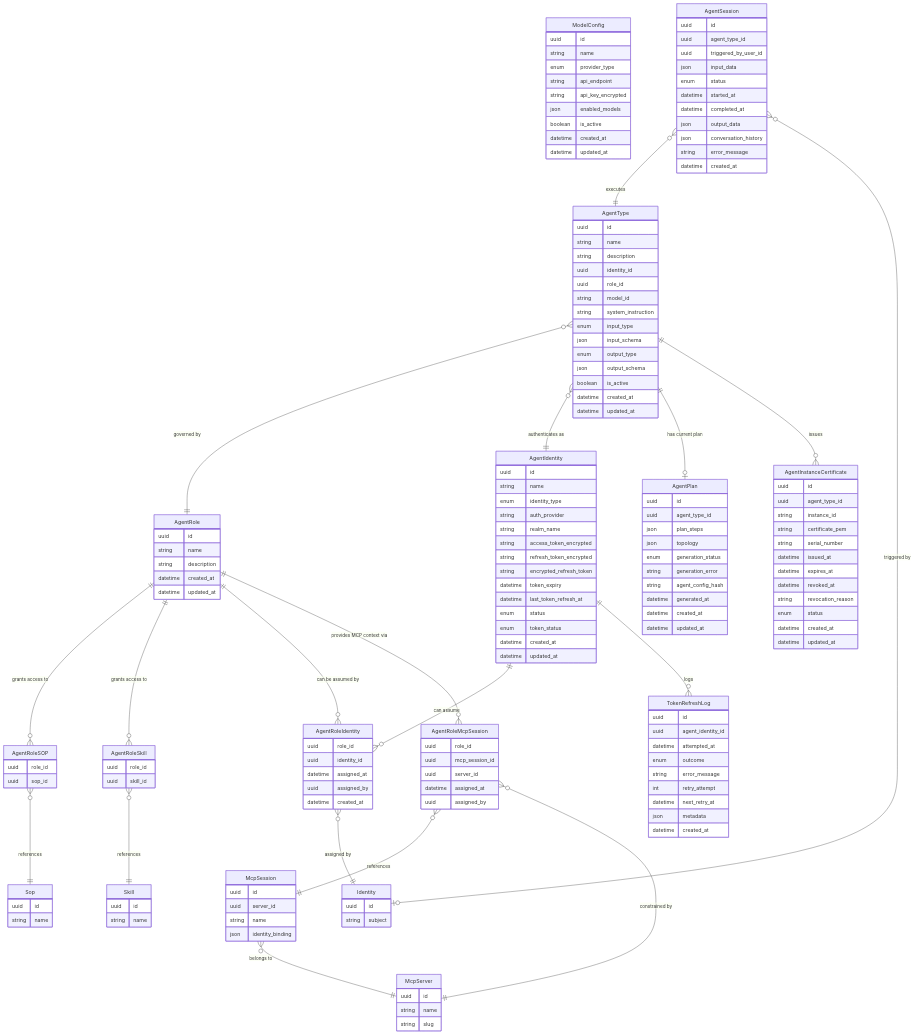
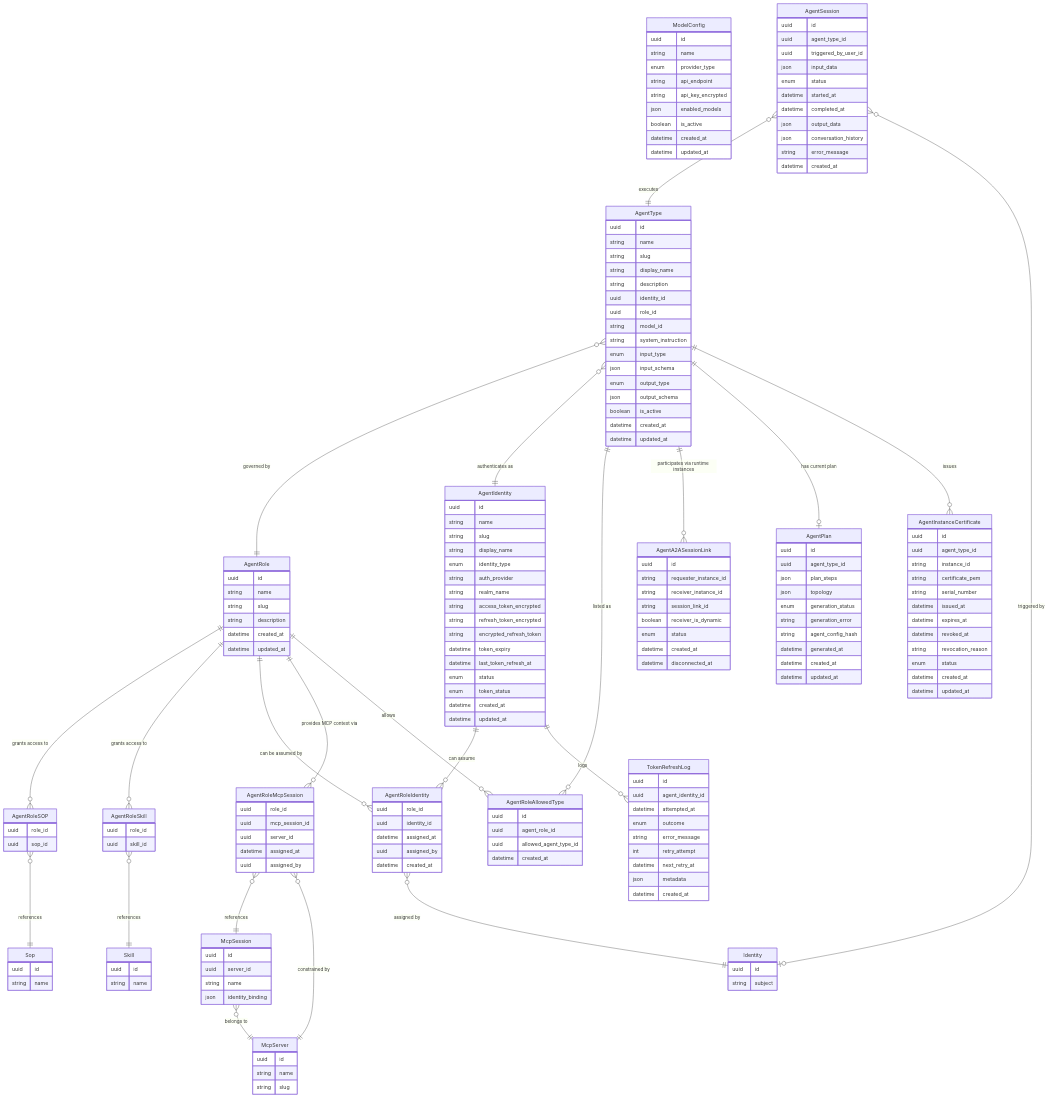
One commit to hurungang/parthenon changed the diagram in docs/master/data-model/modules/agents/entities.md. Above: the diagram before and after it, drawn with Mermaid. The commit also changed other lines of this file and 170 other files, not shown here.

```diff
--- a/docs/master/data-model/modules/agents/entities.md
+++ b/docs/master/data-model/modules/agents/entities.md
@@ -16,9 +16,16 @@
     AgentRole {
         uuid id
         string name
+        string slug
         string description
         datetime created_at
         datetime updated_at
+    }
+    AgentRoleAllowedType {
+        uuid id
+        uuid agent_role_id
+        uuid allowed_agent_type_id
+        datetime created_at
     }
     AgentRoleIdentity {
         uuid role_id
@@ -45,6 +52,8 @@
     AgentIdentity {
         uuid id
         string name
+        string slug
+        string display_name
         enum identity_type
         string auth_provider
         string realm_name
@@ -61,6 +70,8 @@
     AgentType {
         uuid id
         string name
+        string slug
+        string display_name
         string description
         uuid identity_id
         uuid role_id
@@ -86,6 +97,16 @@
         json conversation_history
         string error_message
         datetime created_at
+    }
+    AgentA2ASessionLink {
+        uuid id
+        string requester_instance_id
+        string receiver_instance_id
+        string session_link_id
+        boolean receiver_is_dynamic
+        enum status
+        datetime created_at
+        datetime disconnected_at
     }
     McpServer {
         uuid id
@@ -115,6 +136,7 @@
     AgentRole ||--o{ AgentRoleSkill : "grants access to"
     AgentRole ||--o{ AgentRoleIdentity : "can be assumed by"
     AgentRole ||--o{ AgentRoleMcpSession : "provides MCP context via"
+    AgentRole ||--o{ AgentRoleAllowedType : "allows"
     AgentIdentity ||--o{ AgentRoleIdentity : "can assume"
     AgentRoleIdentity }o--|| Identity : "assigned by"
     AgentRoleSOP }o--|| Sop : "references"
@@ -164,6 +186,8 @@
     AgentType }o--|| AgentRole : "governed by"
     AgentType }o--|| AgentIdentity : "authenticates as"
     AgentSession }o--|| AgentType : "executes"
+    AgentType ||--o{ AgentRoleAllowedType : "listed as"
+    AgentType ||--o{ AgentA2ASessionLink : "participates via runtime instances"
     AgentSession }o--o| Identity : "triggered by"
     AgentType ||--o| AgentPlan : "has current plan"
     AgentType ||--o{ AgentInstanceCertificate : "issues"
```
